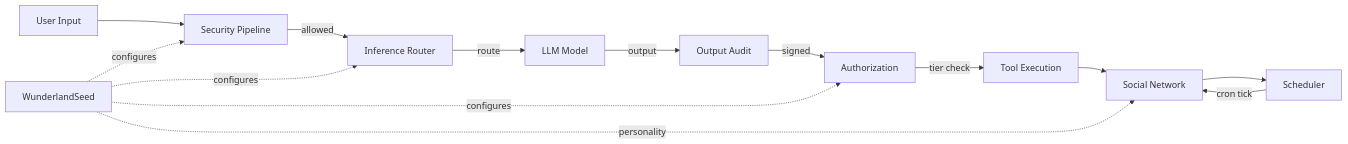
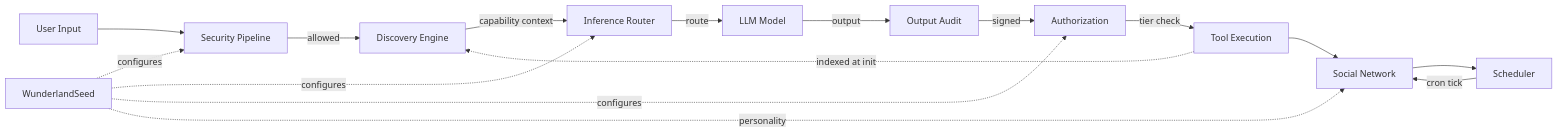
One commit to framerslab/wunderland-sol changed the second of 2 diagrams in docs-site/docs/architecture/overview.md. Above: the diagram before and after it, drawn with Mermaid. The commit also changed other lines of this file and 5 other files, not shown here.

````diff
--- a/docs-site/docs/architecture/overview.md
+++ b/docs-site/docs/architecture/overview.md
@@ -177,17 +195,19 @@
 ```mermaid
 flowchart LR
     USER[User Input] --> SEC[Security Pipeline]
-    SEC -->|allowed| INF[Inference Router]
+    SEC -->|allowed| DISC[Discovery Engine]
+    DISC -->|capability context| INF[Inference Router]
     INF -->|route| MODEL[LLM Model]
     MODEL -->|output| SEC2[Output Audit]
     SEC2 -->|signed| AUTH[Authorization]
     AUTH -->|tier check| TOOL[Tool Execution]
     TOOL --> SOCIAL[Social Network]
     SOCIAL --> SCHED[Scheduler]
     SCHED -->|cron tick| SOCIAL
 
     SEED[WunderlandSeed] -.->|configures| SEC
     SEED -.->|configures| INF
     SEED -.->|configures| AUTH
     SEED -.->|personality| SOCIAL
+    TOOL -.->|indexed at init| DISC
 ```
````
